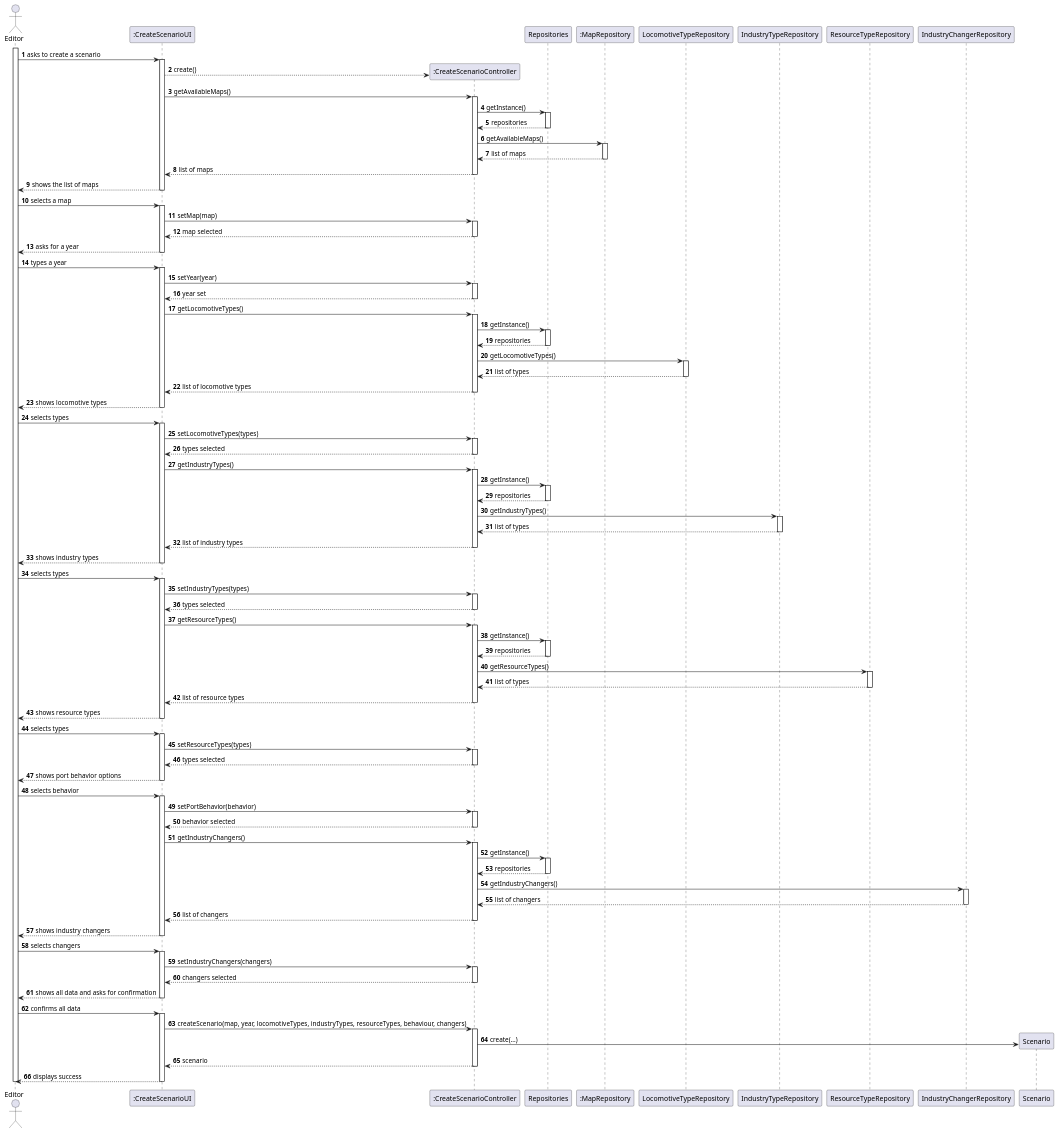
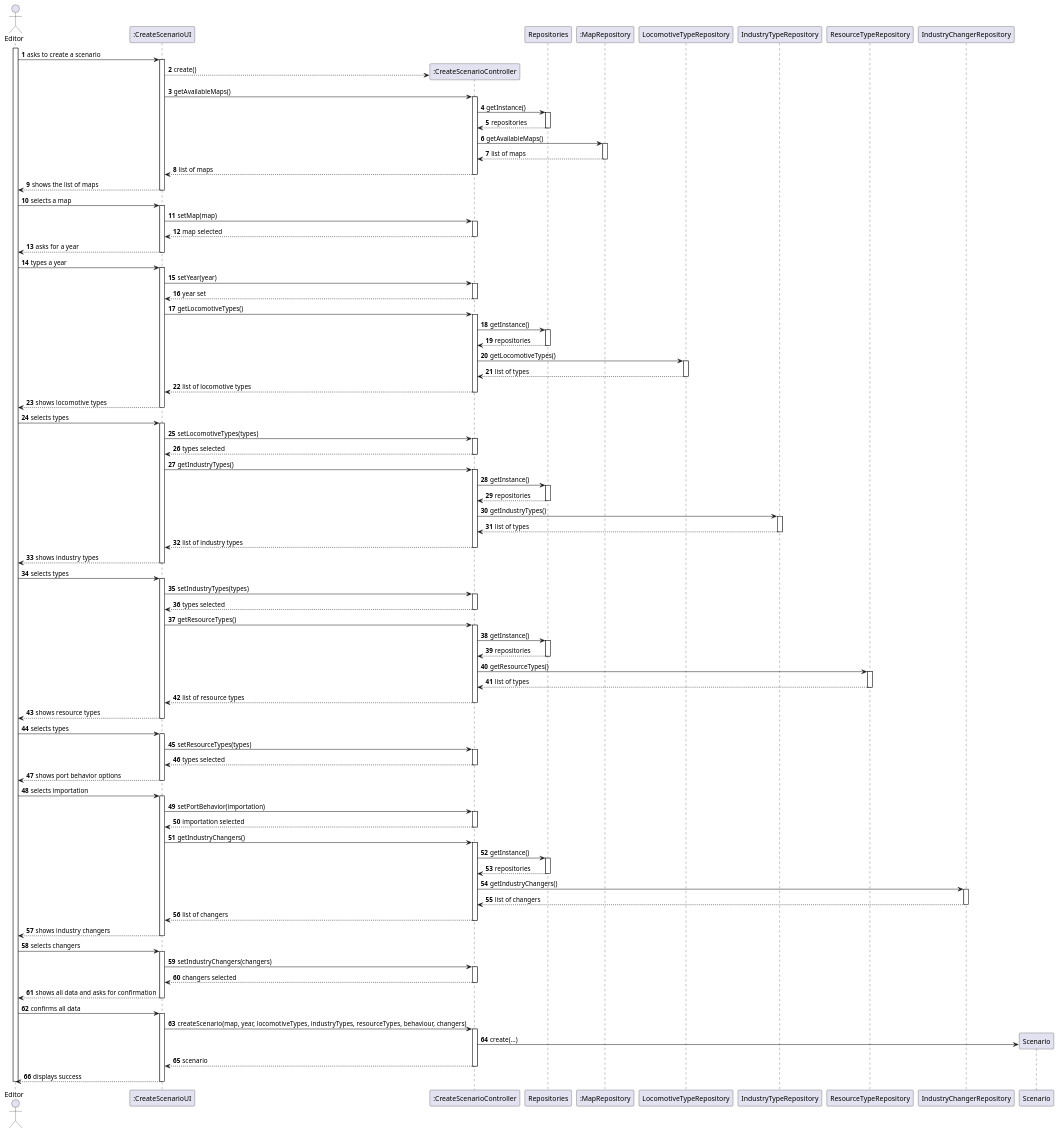
The diagram in Sprint2/US004/03.design/puml/US004-SD-full.puml (1240935/pi2-railway-simulator), drawn with PlantUML before and after one commit. The commit also changed 24 other files, not shown here.

```diff
--- a/Sprint2/US004/03.design/puml/US004-SD-full.puml
+++ b/Sprint2/US004/03.design/puml/US004-SD-full.puml
@@ -1,176 +1,176 @@
 @startuml
 'skinparam monochrome true
 skinparam packageStyle rectangle
 skinparam shadowing false
 
 autonumber
 
 'hide footbox
 
 actor "Editor" as EDITOR
 participant ":CreateScenarioUI" as UI
 participant ":CreateScenarioController" as CTRL
 participant "Repositories" as REPOS
 participant ":MapRepository" as MAP_REPO
 participant "LocomotiveTypeRepository" as LOCO_REPO
 participant "IndustryTypeRepository" as IND_REPO
 participant "ResourceTypeRepository" as RES_REPO
 participant "IndustryChangerRepository" as CHANGER_REPO
 participant "Scenario" as SCENARIO
 
 
 activate EDITOR
 
     EDITOR -> UI : asks to create a scenario
     activate UI
         UI --> CTRL** : create()
 
 
         UI -> CTRL : getAvailableMaps()
         activate CTRL
 
             CTRL -> REPOS : getInstance()
             activate REPOS
             REPOS --> CTRL : repositories
             deactivate REPOS
 
             CTRL -> MAP_REPO : getAvailableMaps()
             activate MAP_REPO
             MAP_REPO --> CTRL : list of maps
             deactivate MAP_REPO
 
         CTRL --> UI : list of maps
         deactivate CTRL
 
     UI --> EDITOR : shows the list of maps
     deactivate UI
 
     EDITOR -> UI : selects a map
     activate UI
     UI -> CTRL : setMap(map)
     activate CTRL
     CTRL --> UI : map selected
     deactivate CTRL
 
     UI --> EDITOR : asks for a year
     deactivate UI
 
     EDITOR -> UI : types a year
     activate UI
     UI -> CTRL : setYear(year)
     activate CTRL
     CTRL --> UI : year set
     deactivate CTRL
 
     UI -> CTRL : getLocomotiveTypes()
     activate CTRL
     CTRL -> REPOS : getInstance()
                 activate REPOS
                 REPOS --> CTRL : repositories
                 deactivate REPOS
     CTRL -> LOCO_REPO : getLocomotiveTypes()
     activate LOCO_REPO
     LOCO_REPO --> CTRL : list of types
     deactivate LOCO_REPO
     CTRL --> UI : list of locomotive types
     deactivate CTRL
     UI --> EDITOR : shows locomotive types
     deactivate UI
 
     EDITOR -> UI : selects types
     activate UI
     UI -> CTRL : setLocomotiveTypes(types)
     activate CTRL
     CTRL --> UI : types selected
     deactivate CTRL
 
     UI -> CTRL : getIndustryTypes()
     activate CTRL
     CTRL -> REPOS : getInstance()
                     activate REPOS
                     REPOS --> CTRL : repositories
                     deactivate REPOS
     CTRL -> IND_REPO : getIndustryTypes()
     activate IND_REPO
     IND_REPO --> CTRL : list of types
     deactivate IND_REPO
     CTRL --> UI : list of industry types
     deactivate CTRL
     UI --> EDITOR : shows industry types
     deactivate UI
 
     EDITOR -> UI : selects types
     activate UI
     UI -> CTRL : setIndustryTypes(types)
     activate CTRL
     CTRL --> UI : types selected
     deactivate CTRL
 
     UI -> CTRL : getResourceTypes()
     activate CTRL
     CTRL -> REPOS : getInstance()
                         activate REPOS
                         REPOS --> CTRL : repositories
                         deactivate REPOS
     CTRL -> RES_REPO : getResourceTypes()
     activate RES_REPO
     RES_REPO --> CTRL : list of types
     deactivate RES_REPO
     CTRL --> UI : list of resource types
     deactivate CTRL
     UI --> EDITOR : shows resource types
     deactivate UI
 
     EDITOR -> UI : selects types
     activate UI
     UI -> CTRL : setResourceTypes(types)
     activate CTRL
     CTRL --> UI : types selected
     deactivate CTRL
 
     UI --> EDITOR : shows port behavior options
     deactivate UI
-    EDITOR -> UI : selects behavior
+    EDITOR -> UI : selects importation
     activate UI
-    UI -> CTRL : setPortBehavior(behavior)
+    UI -> CTRL : setPortBehavior(importation)
     activate CTRL
-    CTRL --> UI : behavior selected
+    CTRL --> UI : importation selected
     deactivate CTRL
 
     UI -> CTRL : getIndustryChangers()
     activate CTRL
     CTRL -> REPOS : getInstance()
                             activate REPOS
                             REPOS --> CTRL : repositories
                             deactivate REPOS
     CTRL -> CHANGER_REPO : getIndustryChangers()
     activate CHANGER_REPO
     CHANGER_REPO --> CTRL : list of changers
     deactivate CHANGER_REPO
     CTRL --> UI : list of changers
     deactivate CTRL
     UI --> EDITOR : shows industry changers
     deactivate UI
 
     EDITOR -> UI : selects changers
     activate UI
     UI -> CTRL : setIndustryChangers(changers)
     activate CTRL
     CTRL --> UI : changers selected
     deactivate CTRL
 
     UI --> EDITOR : shows all data and asks for confirmation
     deactivate UI
     EDITOR -> UI : confirms all data
     activate UI
 
     UI -> CTRL : createScenario(map, year, locomotiveTypes, industryTypes, resourceTypes, behaviour, changers)
     activate CTRL
     CTRL -> SCENARIO ** : create(...)
     CTRL --> UI : scenario
     deactivate CTRL
 
     UI --> EDITOR : displays success
     deactivate UI
 deactivate EDITOR
 @enduml
```
